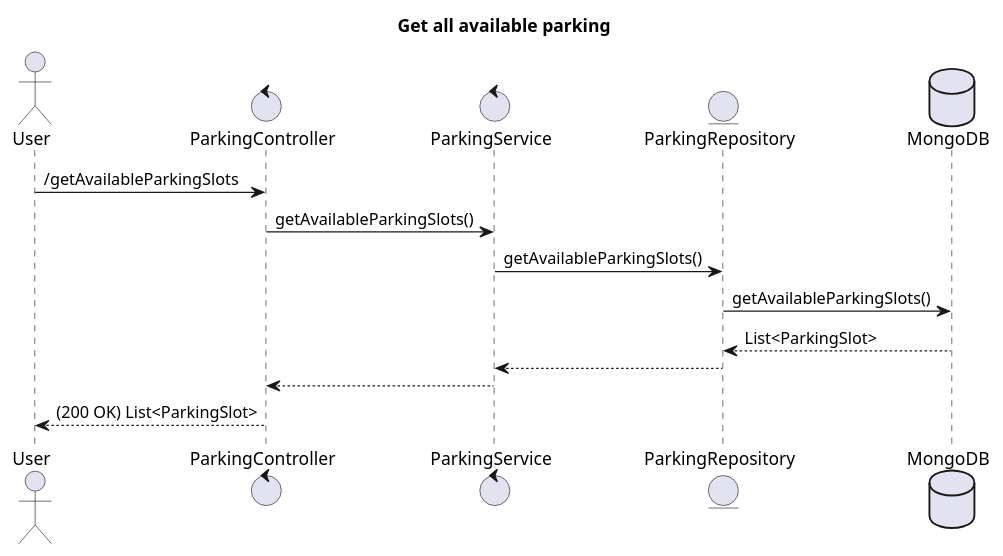
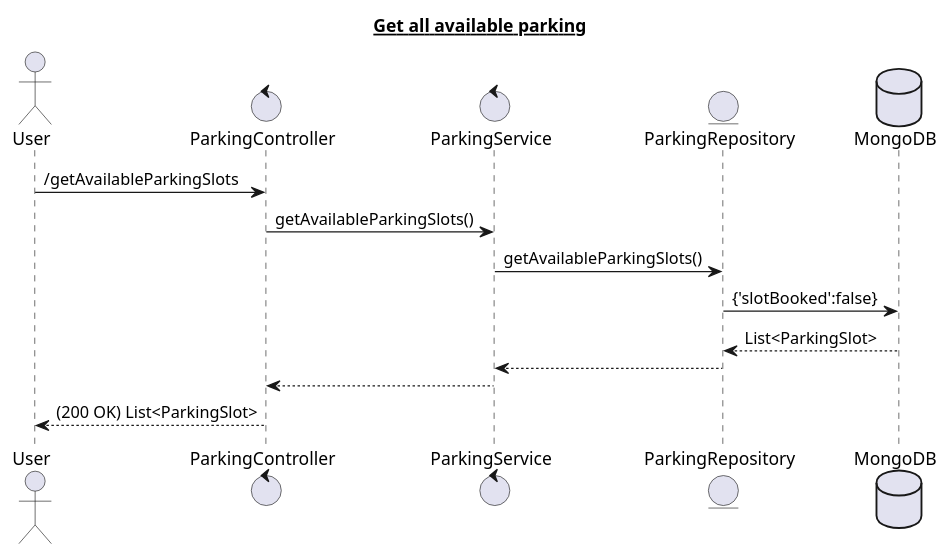
One commit to Akash-k-hub/ParkingLot changed the diagram in flows/parking/getAvailableParkingSlots.puml. Above: the diagram before and after it, drawn with PlantUML. The commit also changed 19 other files, not shown here.

```diff
--- a/flows/parking/getAvailableParkingSlots.puml
+++ b/flows/parking/getAvailableParkingSlots.puml
@@ -1,19 +1,19 @@
 @startuml
-title "Get all available parking"
+title <U> Get all available parking
 
 actor User
 control "ParkingController" as Controller
 control "ParkingService" as Service
 entity ParkingRepository as Dao
 database MongoDB as DB
 
 User -> Controller : /getAvailableParkingSlots
 Controller -> Service : getAvailableParkingSlots()
 Service -> Dao : getAvailableParkingSlots()
-Dao -> DB : getAvailableParkingSlots()
+Dao -> DB : {'slotBooked':false}
 DB --> Dao : List<ParkingSlot>
 Dao --> Service
 Service --> Controller
 Controller --> User : (200 OK) List<ParkingSlot>
 
 @enduml
```
